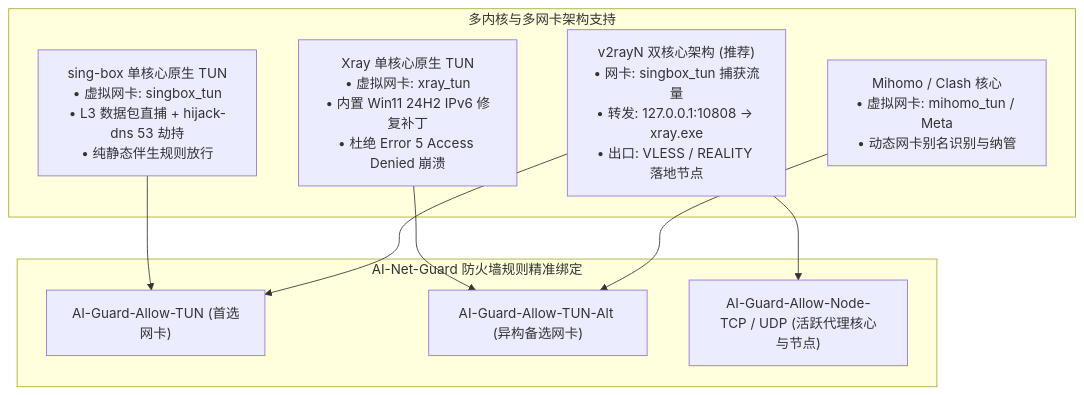
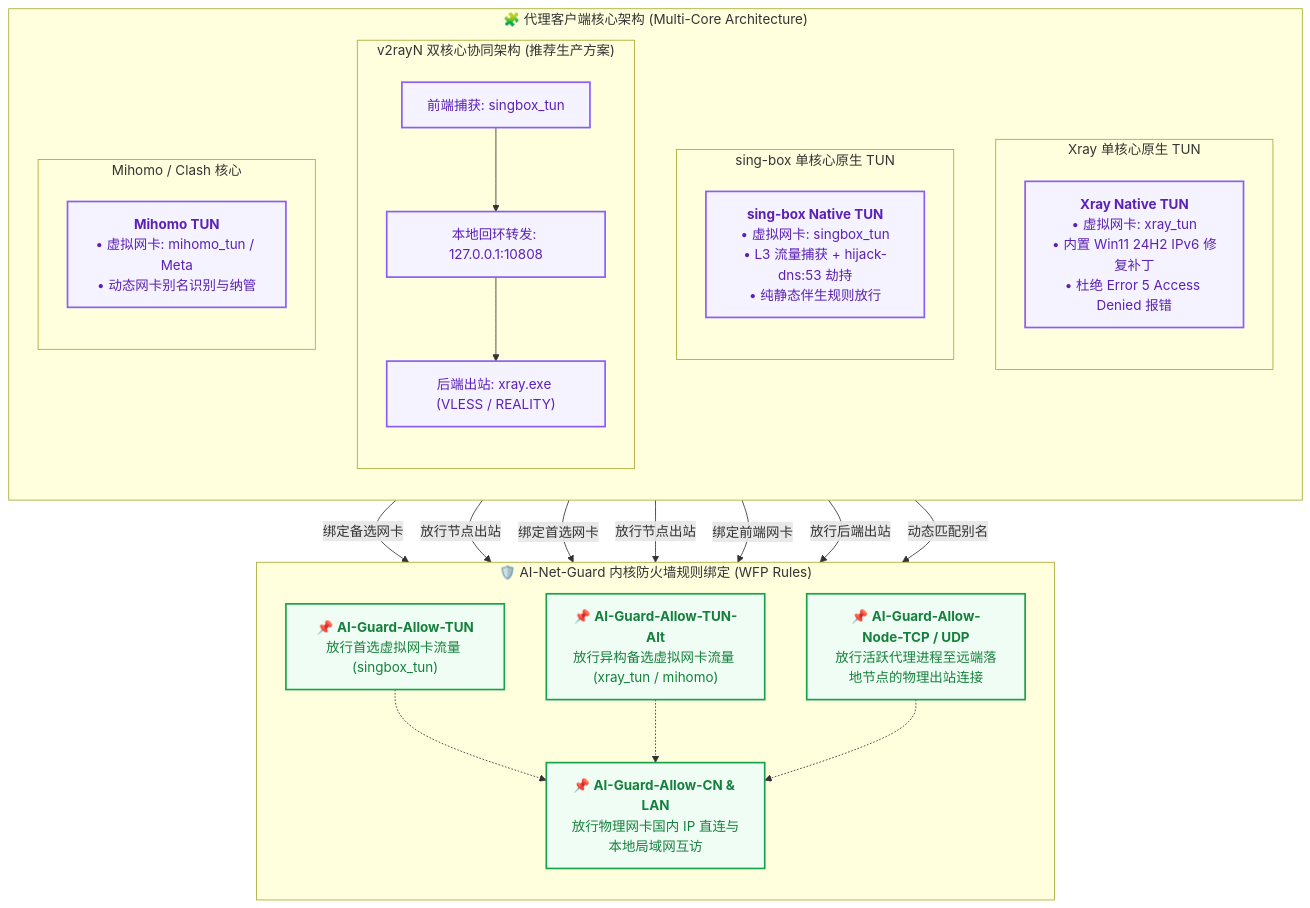
The third of 3 diagrams in README.md (YOIMIYA66/AI-Net-Guard), drawn with Mermaid before and after one commit. The commit also changed other lines of this file and 1 other file, not shown here.

Commit message:
docs: beautify README and CURRENT-IMPLEMENTATION with modern badges and stylized architecture diagrams

````diff
--- a/README.md
+++ b/README.md
@@ -102,21 +167,51 @@
 ```mermaid
 flowchart TD
-    subgraph MultiCore["多内核与多网卡架构支持"]
-        XraySingle["Xray 单核心原生 TUN<br/>• 虚拟网卡: xray_tun<br/>• 内置 Win11 24H2 IPv6 修复补丁<br/>• 杜绝 Error 5 Access Denied 崩溃"]
-        SingboxSingle["sing-box 单核心原生 TUN<br/>• 虚拟网卡: singbox_tun<br/>• L3 数据包直捕 + hijack-dns 53 劫持<br/>• 纯静态伴生规则放行"]
-        DualCore["v2rayN 双核心架构 (推荐)<br/>• 网卡: singbox_tun 捕获流量<br/>• 转发: 127.0.0.1:10808 -&gt; xray.exe<br/>• 出口: VLESS / REALITY 落地节点"]
-        ClashCore["Mihomo / Clash 核心<br/>• 虚拟网卡: mihomo_tun / Meta<br/>• 动态网卡别名识别与纳管"]
+    subgraph CORES ["🧩 代理客户端核心架构 (Multi-Core Architecture)"]
+        direction TB
+        subgraph XRAY_MODE ["Xray 单核心原生 TUN"]
+            direction TB
+            XrayCore["<b>Xray Native TUN</b><br/>• 虚拟网卡: xray_tun<br/>• 内置 Win11 24H2 IPv6 修复补丁<br/>• 杜绝 Error 5 Access Denied 报错"]:::coreBox
+        end
+
+        subgraph SINGBOX_MODE ["sing-box 单核心原生 TUN"]
+            direction TB
+            SingboxCore["<b>sing-box Native TUN</b><br/>• 虚拟网卡: singbox_tun<br/>• L3 流量捕获 + hijack-dns:53 劫持<br/>• 纯静态伴生规则放行"]:::coreBox
+        end
+
+        subgraph DUAL_MODE ["v2rayN 双核心协同架构 (推荐生产方案)"]
+            direction TB
+            DualFront["前端捕获: singbox_tun"]:::coreBox
+            DualLoop["本地回环转发: 127.0.0.1:10808"]:::coreBox
+            DualBack["后端出站: xray.exe (VLESS / REALITY)"]:::coreBox
+            DualFront --> DualLoop --> DualBack
+        end
+
+        subgraph MIHOMO_MODE ["Mihomo / Clash 核心"]
+            direction TB
+            MihomoCore["<b>Mihomo TUN</b><br/>• 虚拟网卡: mihomo_tun / Meta<br/>• 动态网卡别名识别与纳管"]:::coreBox
+        end
     end
 
-    subgraph FirewallBinding["AI-Net-Guard 防火墙规则精准绑定"]
-        RuleMain["AI-Guard-Allow-TUN (首选网卡)"]
-        RuleAlt["AI-Guard-Allow-TUN-Alt (异构备选网卡)"]
-        RuleNode["AI-Guard-Allow-Node-TCP / UDP (活跃代理核心与节点)"]
+    subgraph FIREWALL ["🛡️ AI-Net-Guard 内核防火墙规则绑定 (WFP Rules)"]
+        direction TB
+        RuleMain["📌 <b>AI-Guard-Allow-TUN</b><br/>放行首选虚拟网卡流量 (singbox_tun)"]:::ruleBox
+        RuleAlt["📌 <b>AI-Guard-Allow-TUN-Alt</b><br/>放行异构备选虚拟网卡流量 (xray_tun / mihomo)"]:::ruleBox
+        RuleNode["📌 <b>AI-Guard-Allow-Node-TCP / UDP</b><br/>放行活跃代理进程至远端落地节点的物理出站连接"]:::ruleBox
+        RuleDirect["📌 <b>AI-Guard-Allow-CN &amp; LAN</b><br/>放行物理网卡国内 IP 直连与本地局域网互访"]:::ruleBox
     end
 
-    XraySingle --> RuleAlt
-    SingboxSingle --> RuleMain
-    DualCore --> RuleMain
-    DualCore --> RuleNode
-    ClashCore --> RuleAlt
+    XrayCore -->|绑定备选网卡| RuleAlt
+    XrayCore -->|放行节点出站| RuleNode
+    SingboxCore -->|绑定首选网卡| RuleMain
+    SingboxCore -->|放行节点出站| RuleNode
+    DualFront -->|绑定前端网卡| RuleMain
+    DualBack -->|放行后端出站| RuleNode
+    MihomoCore -->|动态匹配别名| RuleAlt
+
+    RuleMain -.-> RuleDirect
+    RuleAlt -.-> RuleDirect
+    RuleNode -.-> RuleDirect
+
+    classDef coreBox fill:#f5f3ff,stroke:#8b5cf6,stroke-width:2px,color:#5b21b6;
+    classDef ruleBox fill:#f0fdf4,stroke:#16a34a,stroke-width:2px,color:#15803d;
 ```
````
